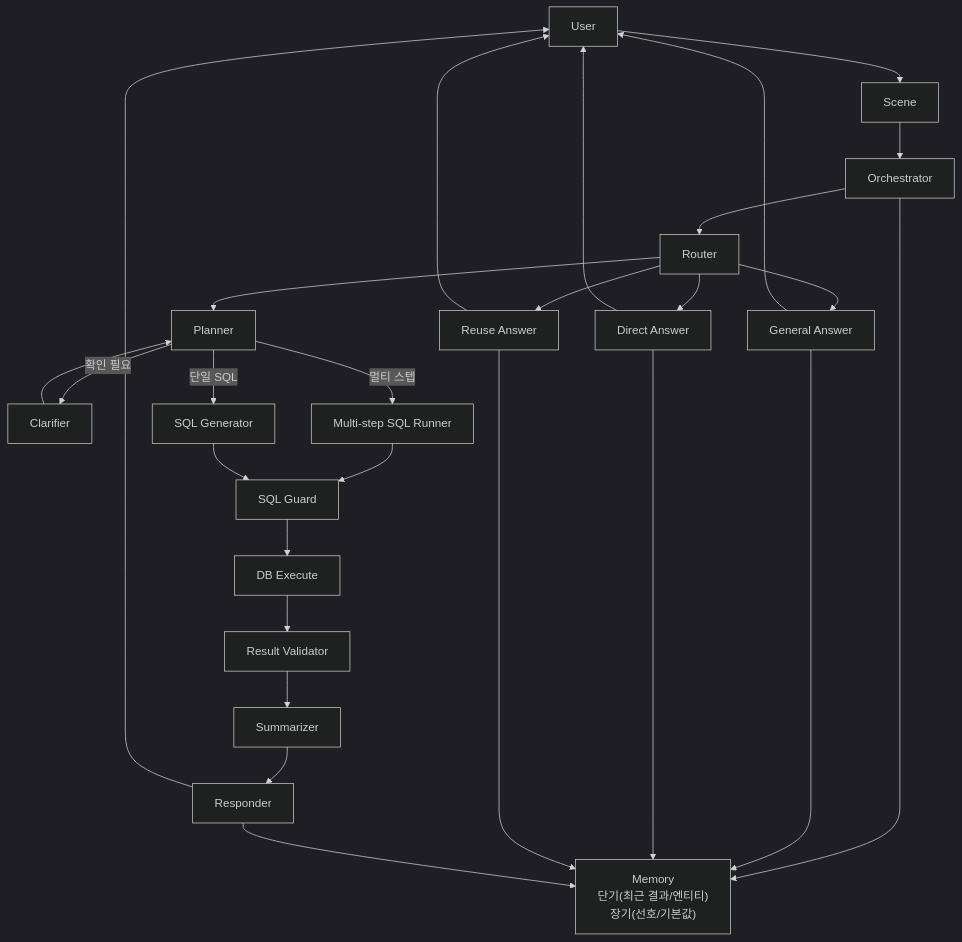
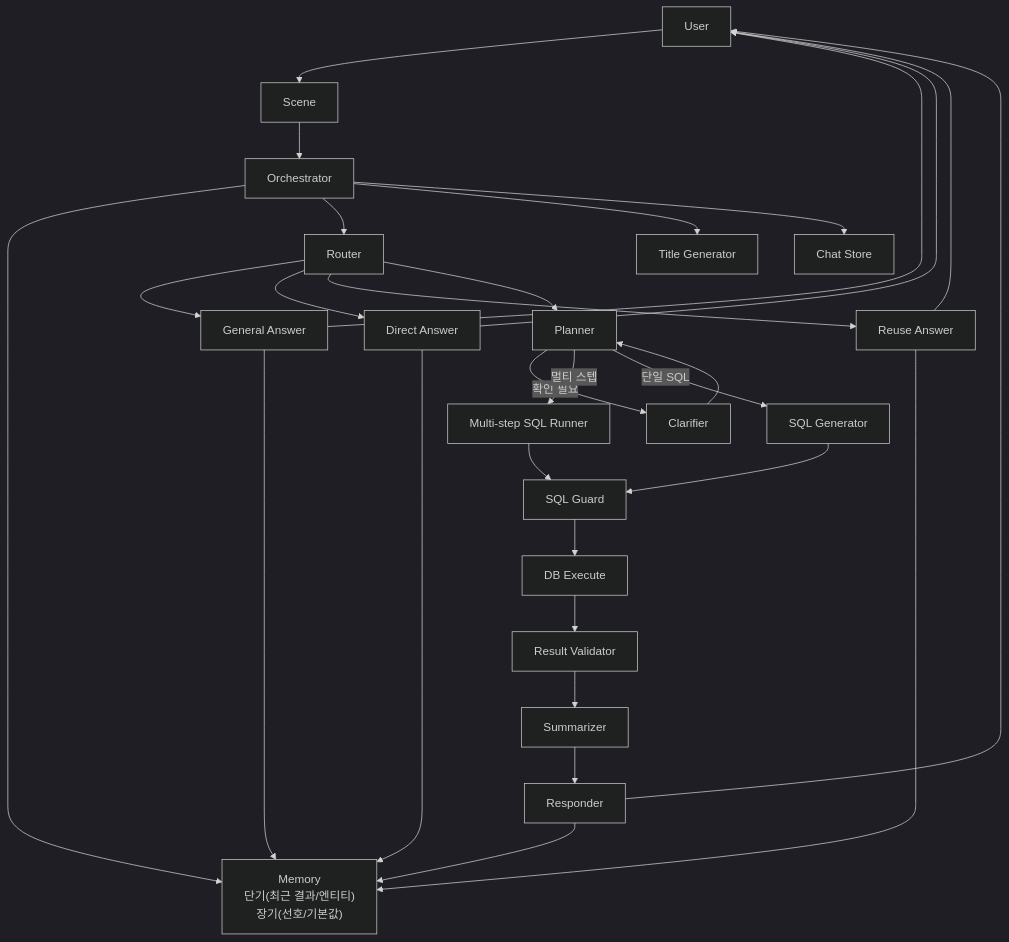
One commit to YongKyeom/nl2sql_nba_chatbot changed the diagram in README.md. Above: the diagram before and after it, drawn with Mermaid (dark theme). The commit also changed other lines of this file and 6 other files, not shown here.

````diff
--- a/README.md
+++ b/README.md
@@ -148,35 +161,38 @@
 ```mermaid
 flowchart TD
   U["User"] --> S["Scene"]
   S --> O["Orchestrator"]
   O --> M["Memory<br/>단기(최근 결과/엔티티)<br/>장기(선호/기본값)"]
 
   O --> R["Router"]
   R --> GA["General Answer"]
   R --> DA["Direct Answer"]
   R --> RE["Reuse Answer"]
   R --> P["Planner"]
 
   P -->|확인 필요| C["Clarifier"]
   C --> P
 
   P -->|멀티 스텝| MS["Multi-step SQL Runner"]
   P -->|단일 SQL| SG["SQL Generator"]
 
+  O --> TS["Title Generator"]
+  O --> CS["Chat Store"]
+
   MS --> G["SQL Guard"]
   SG --> G
   G --> EX["DB Execute"]
   EX --> V["Result Validator"]
   V --> SUM["Summarizer"]
   SUM --> RESP["Responder"]
 
   GA --> U
   DA --> U
   RE --> U
   RESP --> U
 
   GA --> M
   DA --> M
   RE --> M
   RESP --> M
 ```
````
